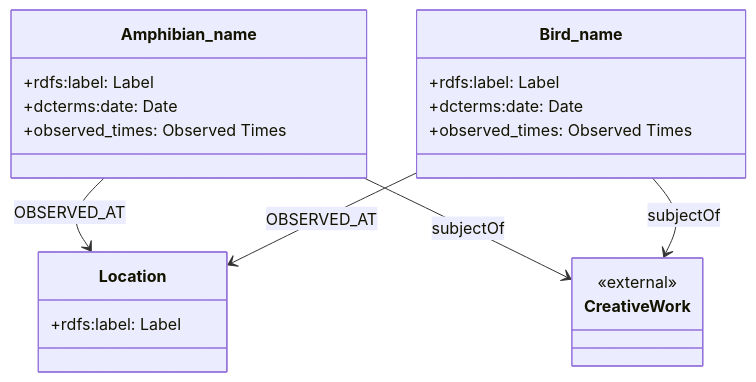
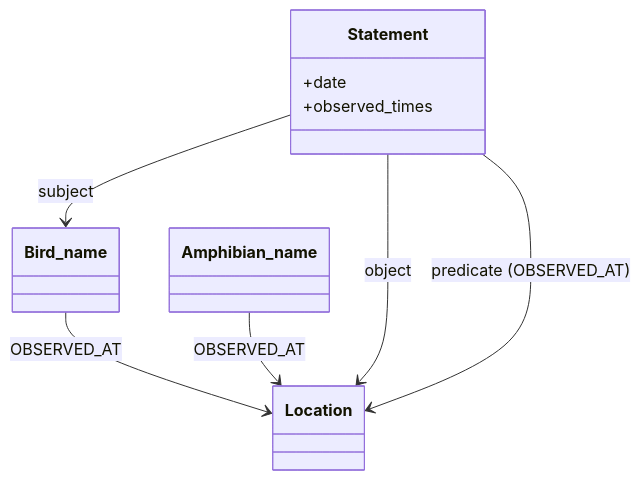
One commit to sbl-sdsc/mcp-proto-okn changed the diagram in docs/examples/wildlifekn_overview.md. Above: the diagram before and after it, drawn with Mermaid. The commit also changed other lines of this file and 14 other files, not shown here.

````diff
--- a/docs/examples/wildlifekn_overview.md
+++ b/docs/examples/wildlifekn_overview.md
@@ -55,27 +42,16 @@
 ```mermaid
 classDiagram
-    class Amphibian_name {
-        +rdfs:label: Label
-        +dcterms:date: Date
-        +observed_times: Observed Times
+    class Bird_name
+    class Amphibian_name
+    class Location
+    class Statement {
+        +date
+        +observed_times
     }
-    
-    class Bird_name {
-        +rdfs:label: Label
-        +dcterms:date: Date
-        +observed_times: Observed Times
-    }
-    
-    class Location {
-        +rdfs:label: Label
-    }
-    
+
+    Bird_name --> Location : OBSERVED_AT
     Amphibian_name --> Location : OBSERVED_AT
-    Bird_name --> Location : OBSERVED_AT
-    Amphibian_name --> CreativeWork : subjectOf
-    Bird_name --> CreativeWork : subjectOf
-    
-    class CreativeWork {
-        <<external>>
-    }
+    Statement --> Bird_name : subject
+    Statement --> Location : object
+    Statement --> Location : predicate (OBSERVED_AT)
 ```
````
